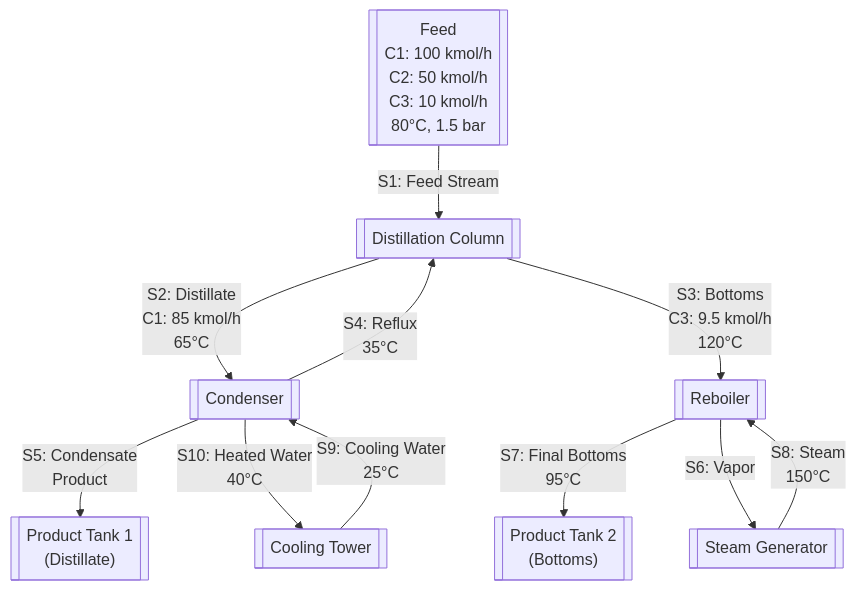
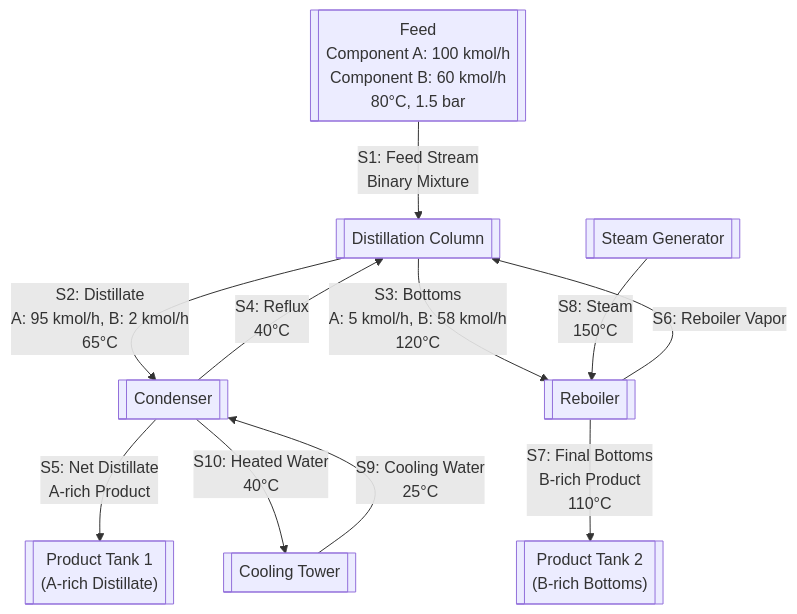
Before and after one commit to sdiehl/usolver: the diagram in examples/full/README.md, drawn with Mermaid. The commit also changed other lines of this file and 1 other file, not shown here.

Commit message:
binary system problem

````diff
--- a/examples/full/README.md
+++ b/examples/full/README.md
@@ -34,22 +48,22 @@
 ```mermaid
 flowchart TD
-    FEED[["Feed<br/>C1: 100 kmol/h<br/>C2: 50 kmol/h<br/>C3: 10 kmol/h<br/>80°C, 1.5 bar"]]
+    FEED[["Feed<br/>Component A: 100 kmol/h<br/>Component B: 60 kmol/h<br/>80°C, 1.5 bar"]]
     DISTILLATION_COL[["Distillation Column"]]
     CONDENSER[["Condenser"]]
     REBOILER[["Reboiler"]]
     STEAM_GENERATOR[["Steam Generator"]]
     COOLING_TOWER[["Cooling Tower"]]
-    PRODUCT_TANK_1[["Product Tank 1<br/>(Distillate)"]]
-    PRODUCT_TANK_2[["Product Tank 2<br/>(Bottoms)"]]
+    PRODUCT_TANK_1[["Product Tank 1<br/>(A-rich Distillate)"]]
+    PRODUCT_TANK_2[["Product Tank 2<br/>(B-rich Bottoms)"]]
 
-    FEED -->|"S1: Feed Stream"| DISTILLATION_COL
-    DISTILLATION_COL -->|"S2: Distillate<br/>C1: 85 kmol/h<br/>65°C"| CONDENSER
-    DISTILLATION_COL -->|"S3: Bottoms<br/>C3: 9.5 kmol/h<br/>120°C"| REBOILER
-    CONDENSER -->|"S4: Reflux<br/>35°C"| DISTILLATION_COL
-    CONDENSER -->|"S5: Condensate<br/>Product"| PRODUCT_TANK_1
-    REBOILER -->|"S7: Final Bottoms<br/>95°C"| PRODUCT_TANK_2
-    REBOILER -->|"S6: Vapor"| STEAM_GENERATOR
+    FEED -->|"S1: Feed Stream<br/>Binary Mixture"| DISTILLATION_COL
+    DISTILLATION_COL -->|"S2: Distillate<br/>A: 95 kmol/h, B: 2 kmol/h<br/>65°C"| CONDENSER
+    DISTILLATION_COL -->|"S3: Bottoms<br/>A: 5 kmol/h, B: 58 kmol/h<br/>120°C"| REBOILER
+    CONDENSER -->|"S4: Reflux<br/>40°C"| DISTILLATION_COL
+    CONDENSER -->|"S5: Net Distillate<br/>A-rich Product"| PRODUCT_TANK_1
+    REBOILER -->|"S7: Final Bottoms<br/>B-rich Product<br/>110°C"| PRODUCT_TANK_2
+    REBOILER -->|"S6: Reboiler Vapor"| DISTILLATION_COL
     STEAM_GENERATOR -->|"S8: Steam<br/>150°C"| REBOILER
     COOLING_TOWER -->|"S9: Cooling Water<br/>25°C"| CONDENSER
     CONDENSER -->|"S10: Heated Water<br/>40°C"| COOLING_TOWER
 ```
````
